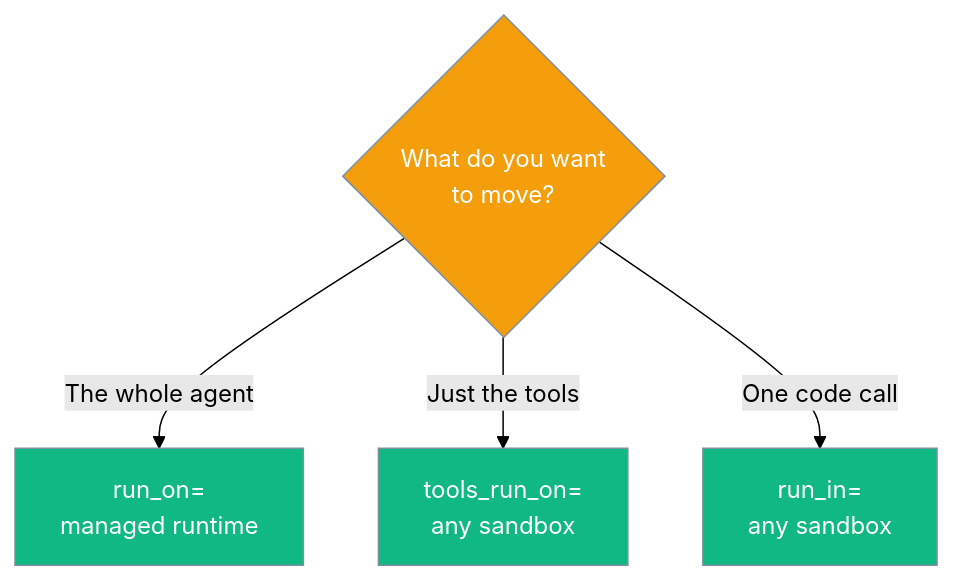
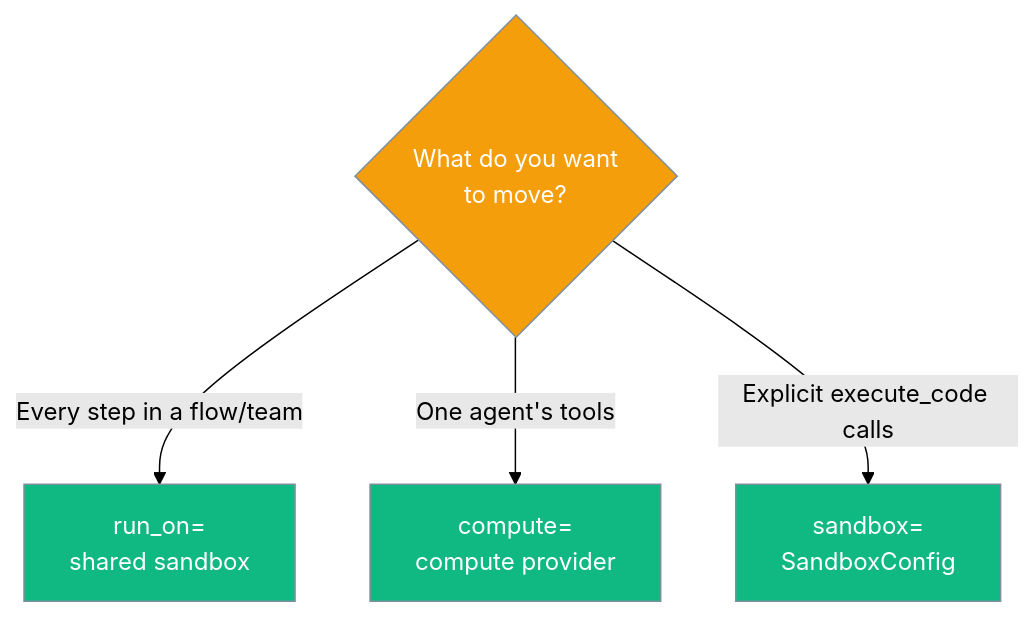
One commit to MervinPraison/PraisonAIDocs changed the third of 3 diagrams in docs/features/placement.mdx. Above: the diagram before and after it, drawn with Mermaid (forest theme). The commit also changed other lines of this file and 19 other files, not shown here.

First line of the commit message:
docs: correct placement vocabulary to real SDK API (run_on / compute / sandbox)

````diff
--- a/docs/features/placement.mdx
+++ b/docs/features/placement.mdx
@@ -107,13 +111,13 @@
 ```mermaid
 graph TB
     Q{What do you want<br/>to move?}
-    Q -->|The whole agent| A[run_on=<br/>managed runtime]
-    Q -->|Just the tools| B[tools_run_on=<br/>any sandbox]
-    Q -->|One code call| C[run_in=<br/>any sandbox]
+    Q -->|Every step in a flow/team| A[run_on=<br/>shared sandbox]
+    Q -->|One agent's tools| B[compute=<br/>compute provider]
+    Q -->|Explicit execute_code calls| C[sandbox=<br/>SandboxConfig]
 
     classDef question fill:#F59E0B,stroke:#7C90A0,color:#fff
     classDef answer fill:#10B981,stroke:#7C90A0,color:#fff
 
     class Q question
     class A,B,C answer
 ```
````
